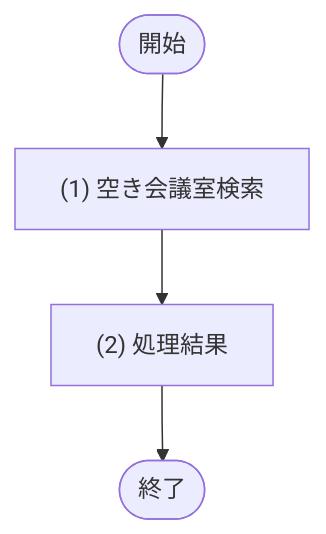
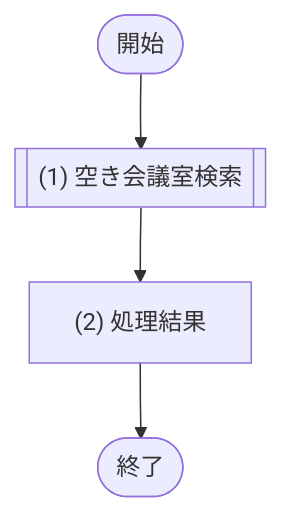
The diagram in docs/03_機能設計/03_API設計/API-002_会議室検索.md (sikakou54/system-document-template), drawn with Mermaid before and after one commit. The commit also changed 28 other files, not shown here.

````diff
--- a/docs/03_機能設計/03_API設計/API-002_会議室検索.md
+++ b/docs/03_機能設計/03_API設計/API-002_会議室検索.md
@@ -49,9 +49,9 @@
 ```mermaid
 flowchart TD
   Start([開始])
-  P1["(1) 空き会議室検索"]
+  P1[["(1) 空き会議室検索"]]
   P2["(2) 処理結果"]
   End([終了])
 
   Start --> P1 --> P2 --> End
 ```
````
